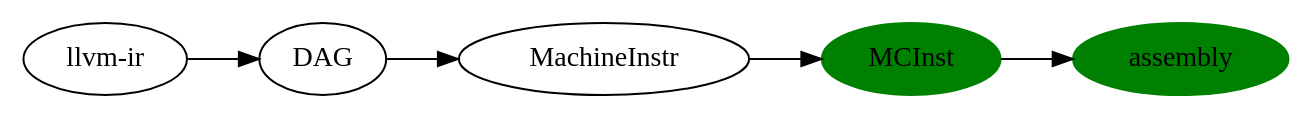
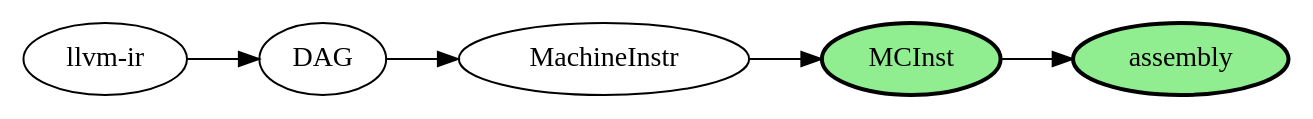
One commit to Jonathan2251/lbd changed the diagram in Fig/backendstructure/asm-emit.gv. Above: the diagram before and after it, drawn with Graphviz. The commit also changed 31 other files, not shown here.

```diff
--- a/Fig/backendstructure/asm-emit.gv
+++ b/Fig/backendstructure/asm-emit.gv
@@ -1,7 +1,7 @@
 digraph G {
   rankdir=LR;
-  MCInst [style=filled, color=green]; 
-  assembly [style=filled, color=green];
+  MCInst [style="filled,bold", fillcolor=lightgreen]; 
+  assembly [style="filled,bold", fillcolor=lightgreen];
 
   "llvm-ir" -> DAG -> MachineInstr -> MCInst -> assembly;
 }
```
